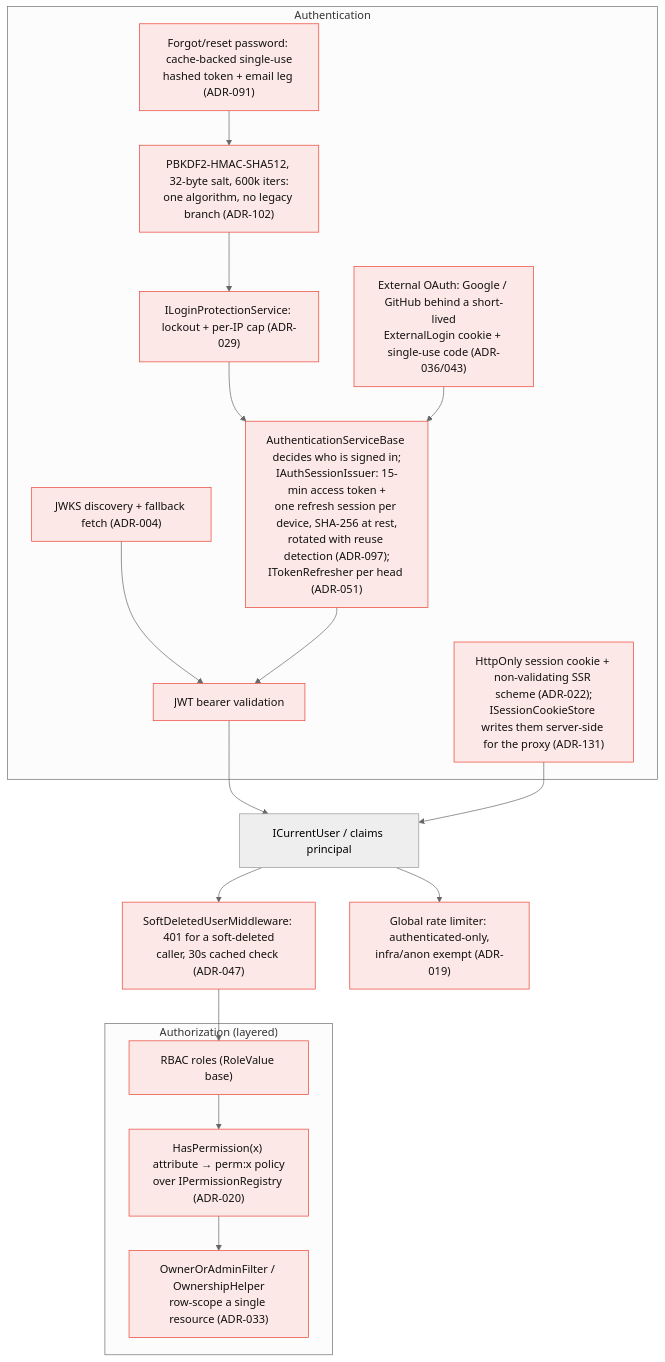
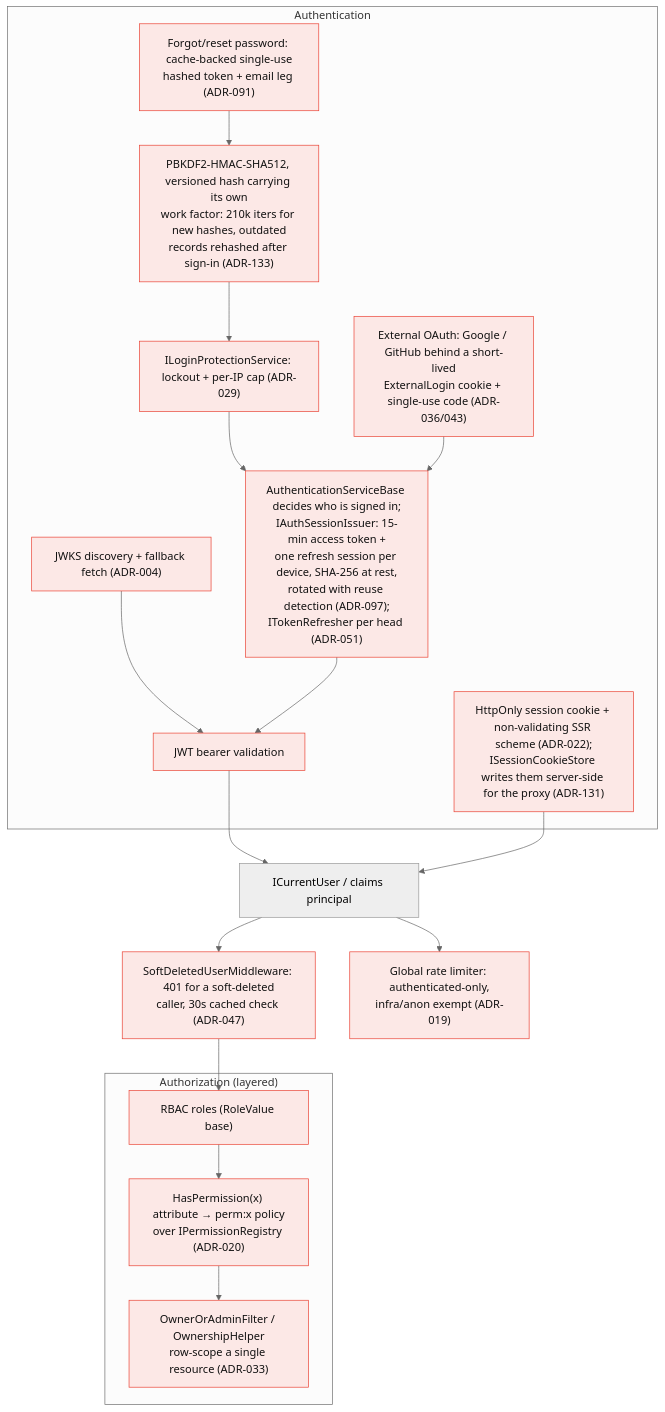
One commit to ivanball/ivanball.github.io changed the ninth of 15 diagrams in docs-src/onboarding/CONCEPT-MAPS.md. Above: the diagram before and after it, drawn with Mermaid (neutral theme). The commit also changed other lines of this file and 84 other files, not shown here.

````diff
--- a/docs-src/onboarding/CONCEPT-MAPS.md
+++ b/docs-src/onboarding/CONCEPT-MAPS.md
@@ -532,39 +558,39 @@
 ```mermaid
 flowchart TD
     subgraph AUTHN["Authentication"]
         JWT["JWT bearer validation"]
         JWKS["JWKS discovery + fallback fetch (ADR-004)"]
         COOKIE["HttpOnly session cookie + non-validating SSR scheme (ADR-022);<br/>ISessionCookieStore writes them server-side for the proxy (ADR-131)"]
-        HASH["PBKDF2-HMAC-SHA512, 32-byte salt, 600k iters:<br/>one algorithm, no legacy branch (ADR-102)"]
+        HASH["PBKDF2-HMAC-SHA512, versioned hash carrying its own<br/>work factor: 210k iters for new hashes, outdated<br/>records rehashed after sign-in (ADR-133)"]
         LOGIN["ILoginProtectionService: lockout + per-IP cap (ADR-029)"]
         EXT["External OAuth: Google / GitHub behind a short-lived<br/>ExternalLogin cookie + single-use code (ADR-036/043)"]
         ROT["AuthenticationServiceBase decides who is signed in;<br/>IAuthSessionIssuer: 15-min access token +<br/>one refresh session per device, SHA-256 at rest,<br/>rotated with reuse detection (ADR-097);<br/>ITokenRefresher per head (ADR-051)"]
         RESET["Forgot/reset password: cache-backed single-use<br/>hashed token + email leg (ADR-091)"]
     end
 
     CU["ICurrentUser / claims principal"]
     REV["SoftDeletedUserMiddleware: 401 for a soft-deleted<br/>caller, 30s cached check (ADR-047)"]
 
     subgraph AUTHZ["Authorization (layered)"]
         RBAC["RBAC roles (RoleValue base)"]
         PERM["HasPermission(x) attribute → perm:x policy<br/>over IPermissionRegistry (ADR-020)"]
         OWN["OwnerOrAdminFilter / OwnershipHelper<br/>row-scope a single resource (ADR-033)"]
     end
 
     RL["Global rate limiter: authenticated-only,<br/>infra/anon exempt (ADR-019)"]
 
     JWT --> CU
     JWKS --> JWT
     COOKIE --> CU
     HASH --> LOGIN
     RESET --> HASH
     LOGIN --> ROT
     EXT --> ROT
     ROT --> JWT
     CU --> REV
     REV --> RBAC --> PERM --> OWN
     CU --> RL
 
     classDef a fill:#fce8e6,stroke:#ea4335,color:#111
     class JWT,JWKS,COOKIE,HASH,LOGIN,EXT,ROT,RESET,REV,RBAC,PERM,OWN,RL a
 ```
````
